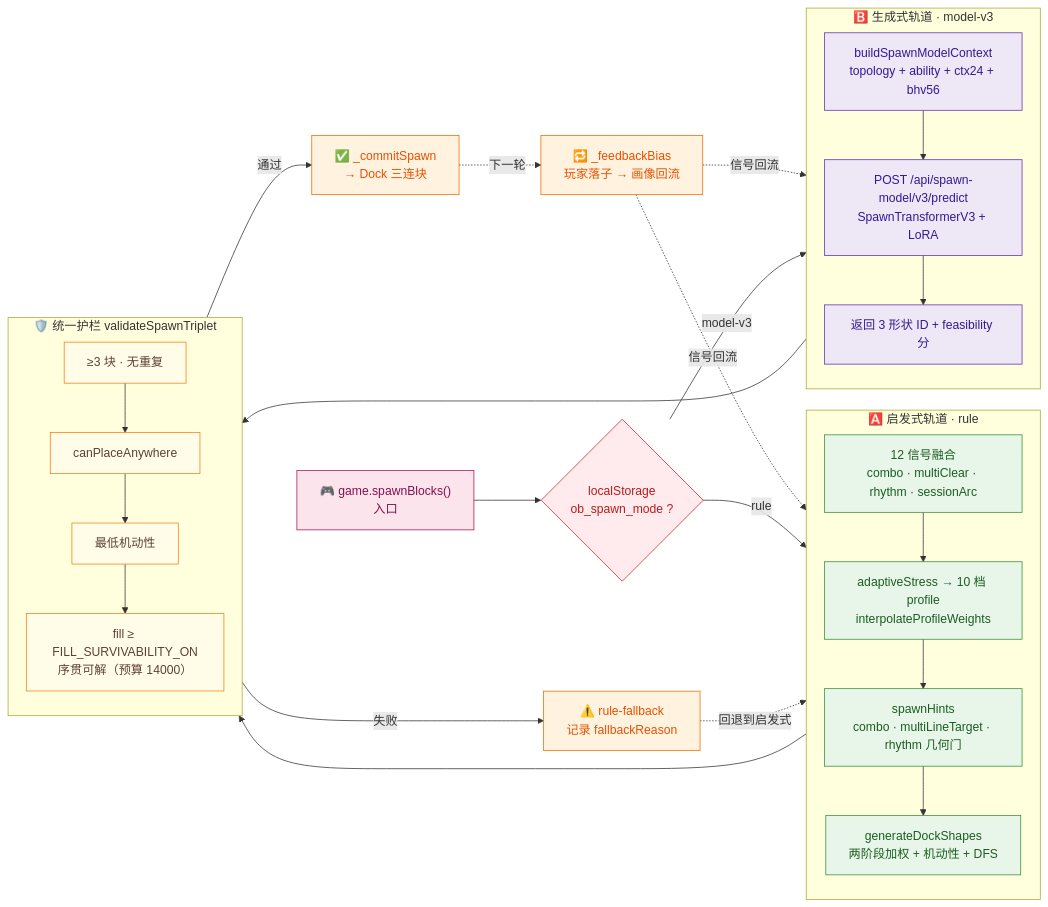
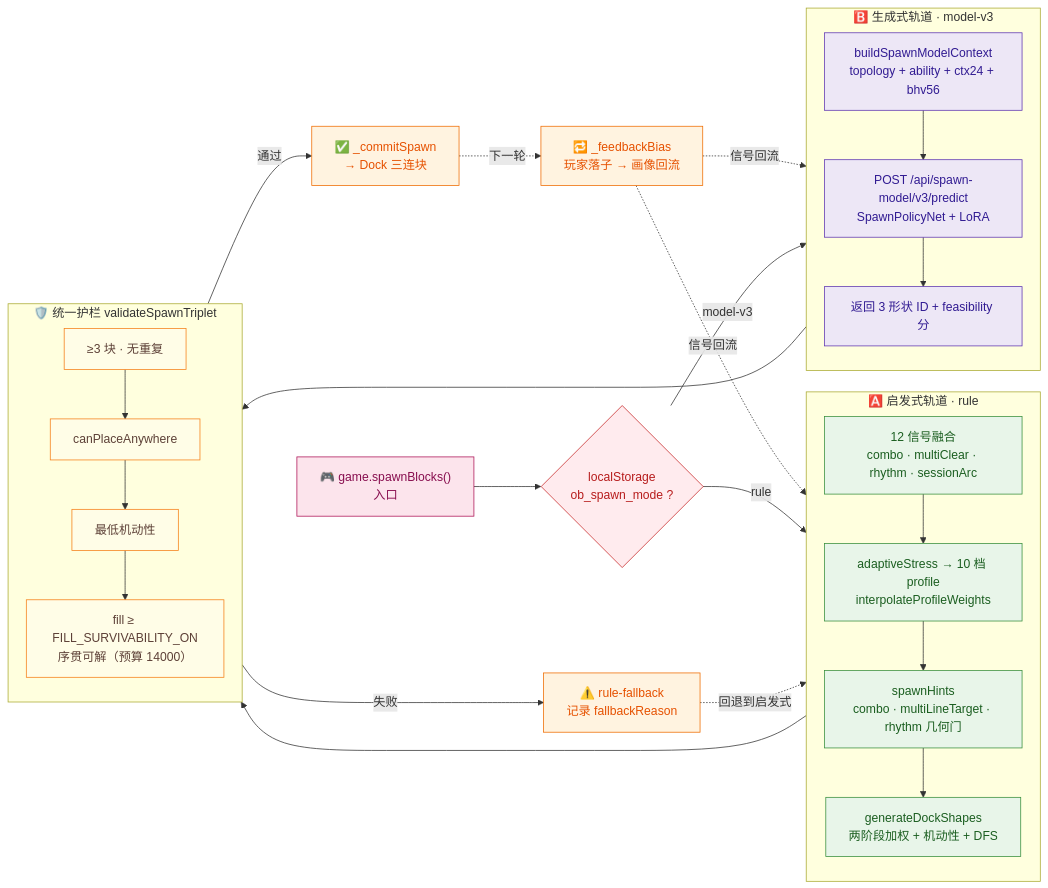
Before and after one commit to btbujiangjun/openblock: the second of 9 diagrams in docs/algorithms/ALGORITHM_ARCHITECTURE_DIAGRAMS.md, drawn with Mermaid. The commit also changed other lines of this file and 45 other files, not shown here.

````diff
--- a/docs/algorithms/ALGORITHM_ARCHITECTURE_DIAGRAMS.md
+++ b/docs/algorithms/ALGORITHM_ARCHITECTURE_DIAGRAMS.md
@@ -184,64 +184,64 @@
 ```mermaid
 ---
 config:
   flowchart:
     nodeSpacing: 28
     rankSpacing: 40
     curve: basis
 ---
 flowchart LR
   classDef entry fill:#fce4ec,stroke:#ad1457,color:#880e4f
   classDef dispatch fill:#ffebee,stroke:#c62828,color:#b71c1c
   classDef heuristic fill:#e8f5e9,stroke:#388e3c,color:#1b5e20
   classDef generative fill:#ede7f6,stroke:#5e35b1,color:#311b92
   classDef shared fill:#fff3e0,stroke:#ef6c00,color:#e65100
   classDef guard fill:#fffde7,stroke:#f57f17,color:#5d4037
 
   entry["🎮 game.spawnBlocks()<br/>入口"]:::entry
   dispatch{"localStorage<br/>ob_spawn_mode ?"}:::dispatch
 
   subgraph H["🅰️ 启发式轨道 · rule"]
     direction TB
     h1["12 信号融合<br/>combo · multiClear · rhythm · sessionArc"]
     h2["adaptiveStress → 10 档 profile<br/>interpolateProfileWeights"]
     h3["spawnHints<br/>combo · multiLineTarget · rhythm 几何门"]
     h4["generateDockShapes<br/>两阶段加权 + 机动性 + DFS"]
     h1 --> h2 --> h3 --> h4
   end
   class h1,h2,h3,h4 heuristic
 
   subgraph G["🅱️ 生成式轨道 · model-v3"]
     direction TB
     g1["buildSpawnModelContext<br/>topology + ability + ctx24 + bhv56"]
-    g2["POST /api/spawn-model/v3/predict<br/>SpawnTransformerV3 + LoRA"]
+    g2["POST /api/spawn-model/v3/predict<br/>SpawnPolicyNet + LoRA"]
     g3["返回 3 形状 ID + feasibility 分"]
     g1 --> g2 --> g3
   end
   class g1,g2,g3 generative
 
   subgraph V["🛡️ 统一护栏 validateSpawnTriplet"]
     direction TB
     v1["≥3 块 · 无重复"]
     v2["canPlaceAnywhere"]
     v3["最低机动性"]
     v4["fill ≥ FILL_SURVIVABILITY_ON<br/>序贯可解（预算 14000）"]
     v1 --> v2 --> v3 --> v4
   end
   class v1,v2,v3,v4 guard
 
   fallback["⚠️ rule-fallback<br/>记录 fallbackReason"]:::shared
   commit["✅ _commitSpawn<br/>→ Dock 三连块"]:::shared
   feedback["🔁 _feedbackBias<br/>玩家落子 → 画像回流"]:::shared
 
   entry --> dispatch
   dispatch -- rule --> H
   dispatch -- model-v3 --> G
   H --> V
   G --> V
   V -- 通过 --> commit
   V -- 失败 --> fallback
   fallback -.回退到启发式.-> H
   commit -.下一轮.-> feedback
   feedback -.信号回流.-> h1
   feedback -.信号回流.-> g1
 ```
````
